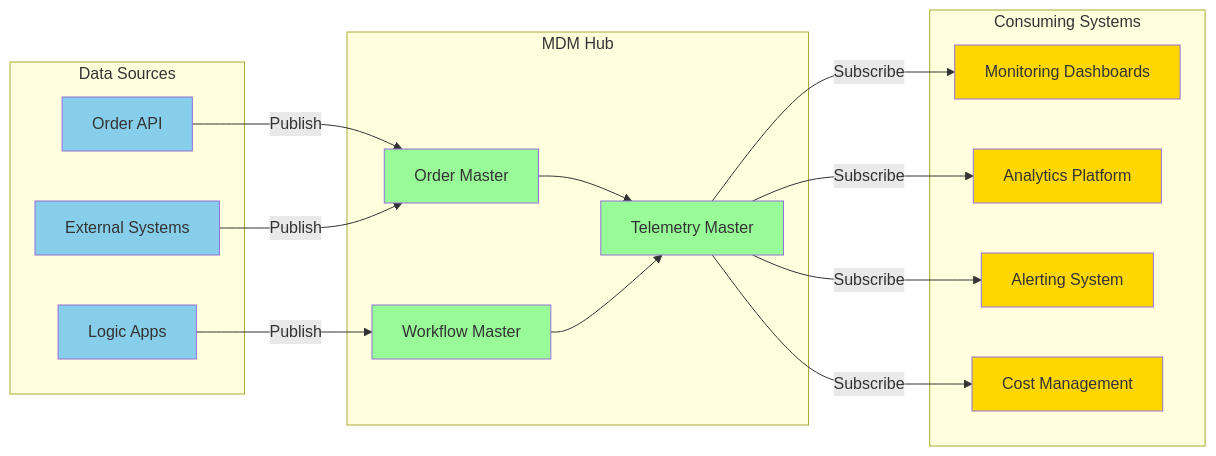
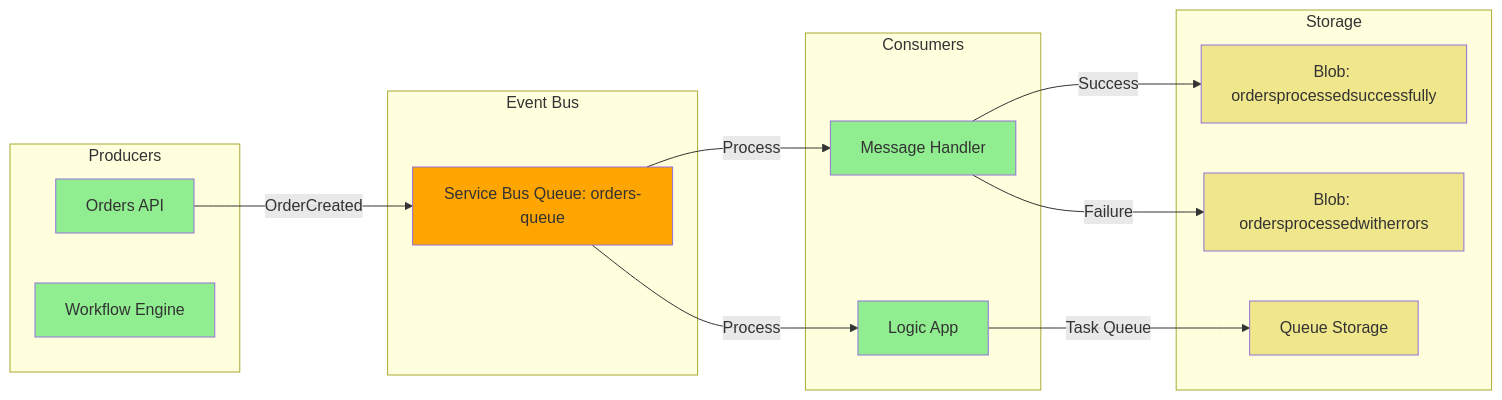
The fourth of 12 diagrams in bdat.md (Evilazaro/Azure-LogicApps-Monitoring), drawn with Mermaid before and after one commit. The commit also changed other lines of this file and 1 other file, not shown here.

````diff
--- a/bdat.md
+++ b/bdat.md
@@ -157,44 +193,38 @@
 ```mermaid
 flowchart LR
-    subgraph "Data Sources"
-        DS1[Order API]
-        DS2[Logic Apps]
-        DS3[External Systems]
+    subgraph Producers
+        API[Orders API]
+        WF[Workflow Engine]
     end
     
-    subgraph "MDM Hub"
-        MDM1[Order Master]
-        MDM2[Workflow Master]
-        MDM3[Telemetry Master]
+    subgraph Event Bus
+        SB[Service Bus Queue: orders-queue]
     end
     
-    subgraph "Consuming Systems"
-        C1[Monitoring Dashboards]
-        C2[Analytics Platform]
-        C3[Alerting System]
-        C4[Cost Management]
+    subgraph Consumers
+        MH[Message Handler]
+        LA[Logic App]
     end
     
-    DS1 -->|Publish| MDM1
-    DS2 -->|Publish| MDM2
-    DS3 -->|Publish| MDM1
+    subgraph Storage
+        BS[Blob: ordersprocessedsuccessfully]
+        BF[Blob: ordersprocessedwitherrors]
+        QS[Queue Storage]
+    end
     
-    MDM1 --> MDM3
-    MDM2 --> MDM3
+    API -->|OrderCreated| SB
+    SB -->|Process| MH
+    SB -->|Process| LA
+    MH -->|Success| BS
+    MH -->|Failure| BF
+    LA -->|Task Queue| QS
     
-    MDM3 -->|Subscribe| C1
-    MDM3 -->|Subscribe| C2
-    MDM3 -->|Subscribe| C3
-    MDM3 -->|Subscribe| C4
-    
-    style DS1 fill:#87CEEB
-    style DS2 fill:#87CEEB
-    style DS3 fill:#87CEEB
-    style MDM1 fill:#98FB98
-    style MDM2 fill:#98FB98
-    style MDM3 fill:#98FB98
-    style C1 fill:#FFD700
-    style C2 fill:#FFD700
-    style C3 fill:#FFD700
-    style C4 fill:#FFD700
+    style API fill:#90EE90
+    style WF fill:#90EE90
+    style SB fill:#FFA500
+    style MH fill:#90EE90
+    style LA fill:#90EE90
+    style BS fill:#F0E68C
+    style BF fill:#F0E68C
+    style QS fill:#F0E68C
 ```
````
